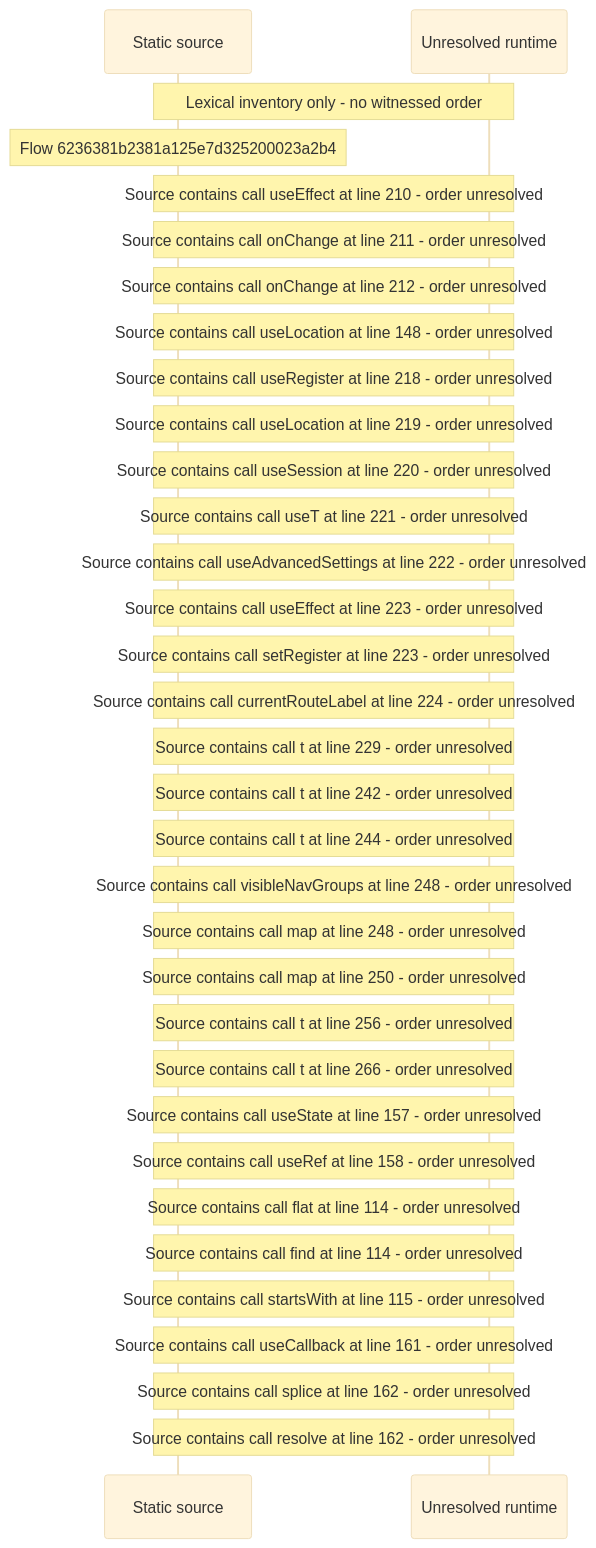
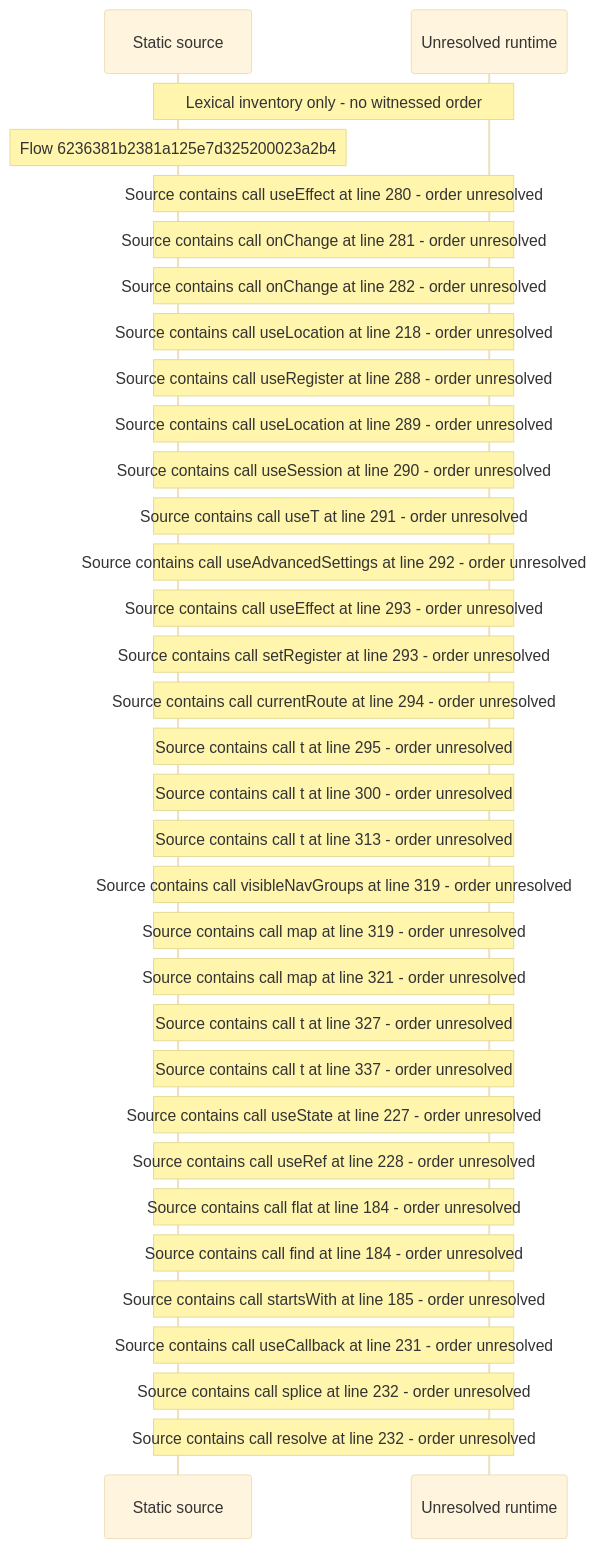
One commit to beamfall/core changed the diagram in docs/web/flows/generated/6236381b2381a125e7d325200023a2b4/flow-diagram.md. Above: the diagram before and after it, drawn with Mermaid (base theme). The commit also changed other lines of this file and 715 other files, not shown here.

Commit message:
Regenerate the web flow record on the landing stack head (CORE-1762)

````diff
--- a/docs/web/flows/generated/6236381b2381a125e7d325200023a2b4/flow-diagram.md
+++ b/docs/web/flows/generated/6236381b2381a125e7d325200023a2b4/flow-diagram.md
@@ -10,35 +10,35 @@
 ```mermaid
 sequenceDiagram
     participant S as Static source
     participant U as Unresolved runtime
     Note over S,U: Lexical inventory only - no witnessed order
     Note over S: Flow 6236381b2381a125e7d325200023a2b4
-    Note over S,U: Source contains call useEffect at line 210 - order unresolved
-    Note over S,U: Source contains call onChange at line 211 - order unresolved
-    Note over S,U: Source contains call onChange at line 212 - order unresolved
-    Note over S,U: Source contains call useLocation at line 148 - order unresolved
-    Note over S,U: Source contains call useRegister at line 218 - order unresolved
-    Note over S,U: Source contains call useLocation at line 219 - order unresolved
-    Note over S,U: Source contains call useSession at line 220 - order unresolved
-    Note over S,U: Source contains call useT at line 221 - order unresolved
-    Note over S,U: Source contains call useAdvancedSettings at line 222 - order unresolved
-    Note over S,U: Source contains call useEffect at line 223 - order unresolved
-    Note over S,U: Source contains call setRegister at line 223 - order unresolved
-    Note over S,U: Source contains call currentRouteLabel at line 224 - order unresolved
-    Note over S,U: Source contains call t at line 229 - order unresolved
-    Note over S,U: Source contains call t at line 242 - order unresolved
-    Note over S,U: Source contains call t at line 244 - order unresolved
-    Note over S,U: Source contains call visibleNavGroups at line 248 - order unresolved
-    Note over S,U: Source contains call map at line 248 - order unresolved
-    Note over S,U: Source contains call map at line 250 - order unresolved
-    Note over S,U: Source contains call t at line 256 - order unresolved
-    Note over S,U: Source contains call t at line 266 - order unresolved
-    Note over S,U: Source contains call useState at line 157 - order unresolved
-    Note over S,U: Source contains call useRef at line 158 - order unresolved
-    Note over S,U: Source contains call flat at line 114 - order unresolved
-    Note over S,U: Source contains call find at line 114 - order unresolved
-    Note over S,U: Source contains call startsWith at line 115 - order unresolved
-    Note over S,U: Source contains call useCallback at line 161 - order unresolved
-    Note over S,U: Source contains call splice at line 162 - order unresolved
-    Note over S,U: Source contains call resolve at line 162 - order unresolved
+    Note over S,U: Source contains call useEffect at line 280 - order unresolved
+    Note over S,U: Source contains call onChange at line 281 - order unresolved
+    Note over S,U: Source contains call onChange at line 282 - order unresolved
+    Note over S,U: Source contains call useLocation at line 218 - order unresolved
+    Note over S,U: Source contains call useRegister at line 288 - order unresolved
+    Note over S,U: Source contains call useLocation at line 289 - order unresolved
+    Note over S,U: Source contains call useSession at line 290 - order unresolved
+    Note over S,U: Source contains call useT at line 291 - order unresolved
+    Note over S,U: Source contains call useAdvancedSettings at line 292 - order unresolved
+    Note over S,U: Source contains call useEffect at line 293 - order unresolved
+    Note over S,U: Source contains call setRegister at line 293 - order unresolved
+    Note over S,U: Source contains call currentRoute at line 294 - order unresolved
+    Note over S,U: Source contains call t at line 295 - order unresolved
+    Note over S,U: Source contains call t at line 300 - order unresolved
+    Note over S,U: Source contains call t at line 313 - order unresolved
+    Note over S,U: Source contains call visibleNavGroups at line 319 - order unresolved
+    Note over S,U: Source contains call map at line 319 - order unresolved
+    Note over S,U: Source contains call map at line 321 - order unresolved
+    Note over S,U: Source contains call t at line 327 - order unresolved
+    Note over S,U: Source contains call t at line 337 - order unresolved
+    Note over S,U: Source contains call useState at line 227 - order unresolved
+    Note over S,U: Source contains call useRef at line 228 - order unresolved
+    Note over S,U: Source contains call flat at line 184 - order unresolved
+    Note over S,U: Source contains call find at line 184 - order unresolved
+    Note over S,U: Source contains call startsWith at line 185 - order unresolved
+    Note over S,U: Source contains call useCallback at line 231 - order unresolved
+    Note over S,U: Source contains call splice at line 232 - order unresolved
+    Note over S,U: Source contains call resolve at line 232 - order unresolved
 ```
````
